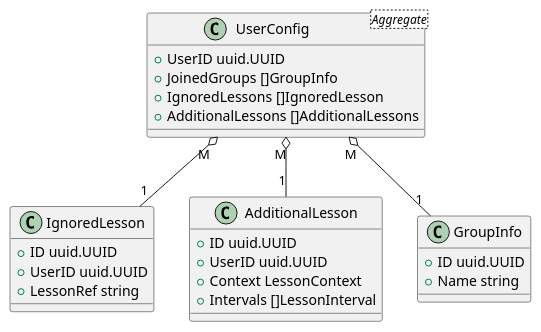
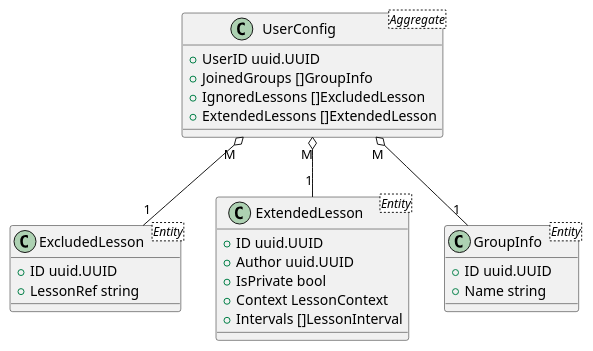
The diagram in ExtendedSchedule/docs/domain.puml (tellmeac/ExtendedSchedule), drawn with PlantUML before and after one commit. The commit also changed 6 other files, not shown here.

```diff
--- a/ExtendedSchedule/docs/domain.puml
+++ b/ExtendedSchedule/docs/domain.puml
@@ -1,32 +1,32 @@
 @startuml EntityDiagram
 
 class UserConfig <Aggregate> {
     +UserID uuid.UUID
     +JoinedGroups []GroupInfo
-    +IgnoredLessons []IgnoredLesson
-    +AdditionalLessons []AdditionalLessons
+    +IgnoredLessons []ExcludedLesson
+    +ExtendedLessons []ExtendedLesson
 }
 
-class IgnoredLesson {
+class ExcludedLesson <Entity> {
     +ID uuid.UUID
-    +UserID uuid.UUID
     +LessonRef string
 }
 
-class AdditionalLesson {
+class ExtendedLesson <Entity> {
     +ID uuid.UUID
-    +UserID uuid.UUID
+    +Author uuid.UUID
+    +IsPrivate bool
     +Context LessonContext
     +Intervals []LessonInterval
 }
 
-class GroupInfo {
+class GroupInfo <Entity> {
     + ID uuid.UUID
     + Name string
 }
 
-UserConfig "M" o-- "1" IgnoredLesson
-UserConfig "M" o-- "1" AdditionalLesson
+UserConfig "M" o-- "1" ExcludedLesson
+UserConfig "M" o-- "1" ExtendedLesson
 UserConfig "M" o-- "1" GroupInfo
 
 @enduml
```
